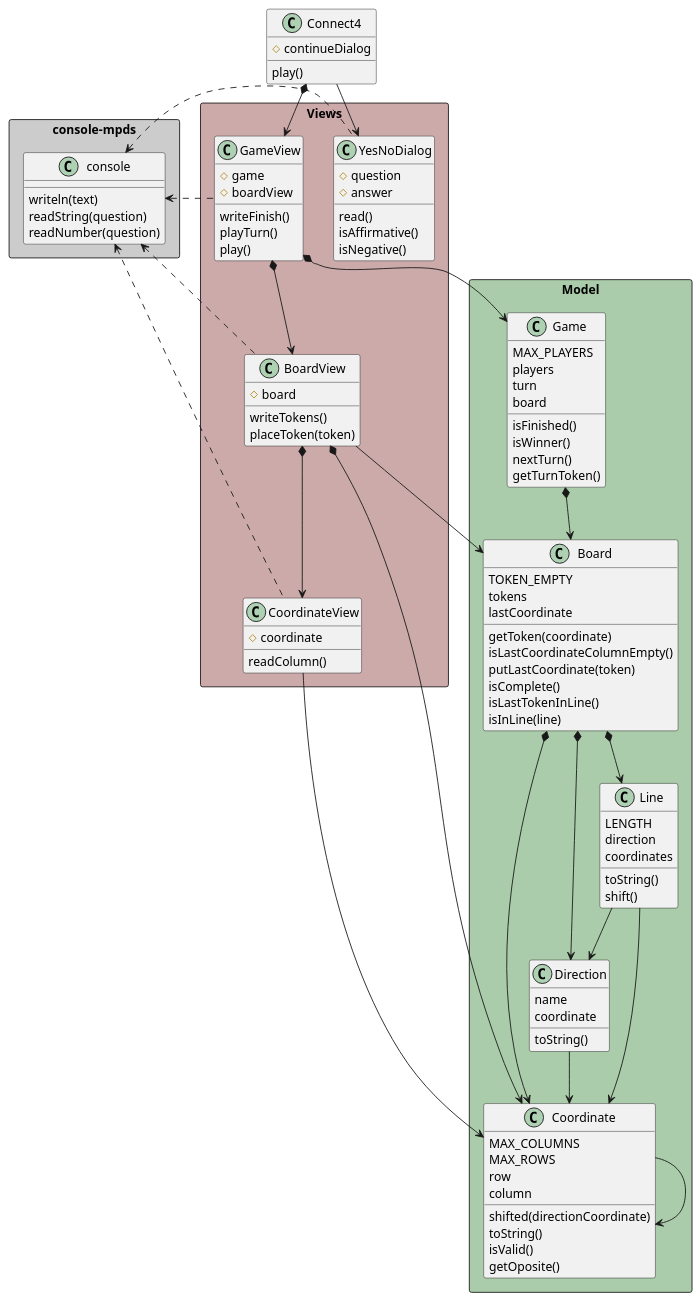
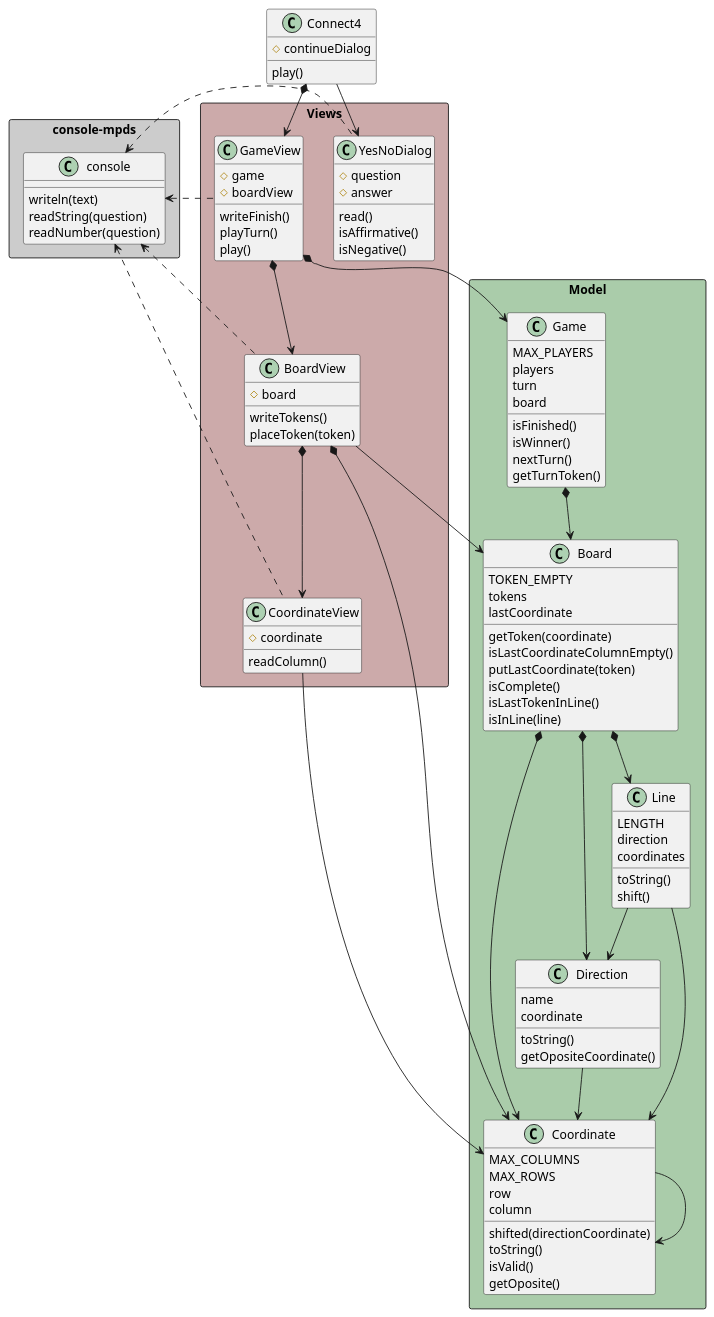
Before and after one commit to mpaulaherrero/escuelaIT: the diagram in game-connect4/docs/diagrams/objectOriented/constructorFunction/class diagram.plantuml, drawn with PlantUML. The commit also changed 2 other files, not shown here.

Commit message:
agregar getOpositeCoordinate a Direction

```diff
--- a/game-connect4/docs/diagrams/objectOriented/constructorFunction/class diagram.plantuml
+++ b/game-connect4/docs/diagrams/objectOriented/constructorFunction/class diagram.plantuml
@@ -1,125 +1,126 @@
 @startuml connect4_constructorFunction_classdiagram
 
 package "console-mpds" <<Rectangle>> #ccc {
     class console {
         writeln(text)
         readString(question)
         readNumber(question)
     }
 }
 
 package "Model" <<Rectangle>> #aca {
     class Coordinate {
         MAX_COLUMNS
         MAX_ROWS
         row
         column
         shifted(directionCoordinate)
         toString()
         isValid()
         getOposite()
     }
 
     class Direction {
         name
         coordinate
         toString()
+        getOpositeCoordinate()
     }
 
     class Line {
         LENGTH
         direction
         coordinates
         toString()
         shift()
     }
 
     class Board {
         TOKEN_EMPTY
         tokens
         lastCoordinate
         getToken(coordinate)
         isLastCoordinateColumnEmpty()
         putLastCoordinate(token)
         isComplete()
         isLastTokenInLine()
         isInLine(line)
     }
 
     class Game {
         MAX_PLAYERS
         players
         turn
         board
         isFinished()
         isWinner()
         nextTurn()
         getTurnToken()
     }
 }
 
 package "Views" <<Rectangle>> #caa {
     class CoordinateView {
         #coordinate
         readColumn()
     }
 
     class BoardView{
         #board
         writeTokens()
         placeToken(token)
     }
 
     class GameView {
         #game
         #boardView
         writeFinish()
         playTurn()
         play()
     }
 
     class YesNoDialog {
         #question
         #answer
         read()
         isAffirmative()
         isNegative()
     }
 }
 
 class Connect4 {
     #continueDialog
     play()
 }
 
 Coordinate -> Coordinate
 
 CoordinateView -> Coordinate
 
 Direction -down-> Coordinate
 
 Line -down-> Coordinate
 Line -down-> Direction
 
 Board *-down-> Coordinate
 Board *-down-> Direction
 Board *-down-> Line
 
 BoardView *-down-> CoordinateView
 BoardView -down-> Board
 BoardView *-down-> Coordinate
 
 Game *-down-> Board
 
 GameView *-down-> Game
 GameView *-down-> BoardView
 
 Connect4 -down-> YesNoDialog
 Connect4 *-down-> GameView
 
 YesNoDialog .-l-> console
 GameView .-l-> console
 BoardView .-l-> console
 CoordinateView .-l-> console
 
 @enduml
```
